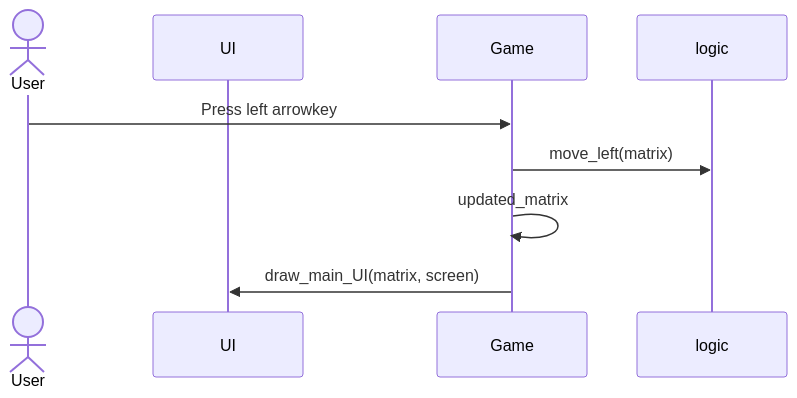
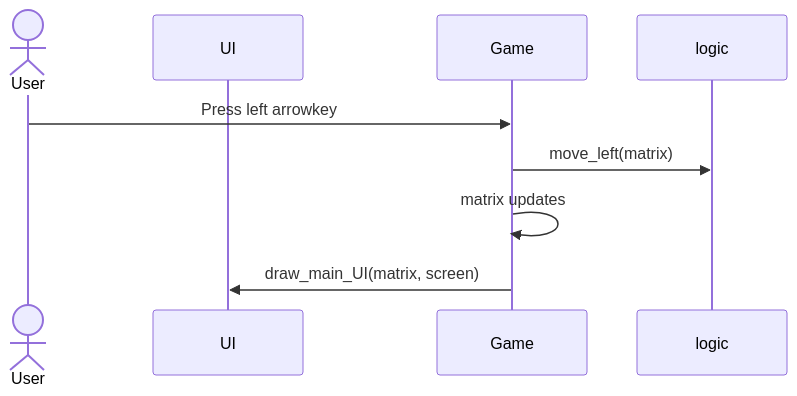
The first of 2 diagrams in Dokumentaatio/arkkitehtuuri.md (Jusq17/ot-harjoitustyo), drawn with Mermaid before and after one commit.

````diff
--- a/Dokumentaatio/arkkitehtuuri.md
+++ b/Dokumentaatio/arkkitehtuuri.md
@@ -44,11 +44,11 @@
 ```mermaid
 sequenceDiagram
   actor User
   participant UI
   participant Game
   participant logic
   User->>Game: Press left arrowkey
   Game->>logic: move_left(matrix)
-  Game->>Game: updated_matrix
+  Game->>Game: matrix updates
   Game->>UI: draw_main_UI(matrix, screen)
 ```
````
